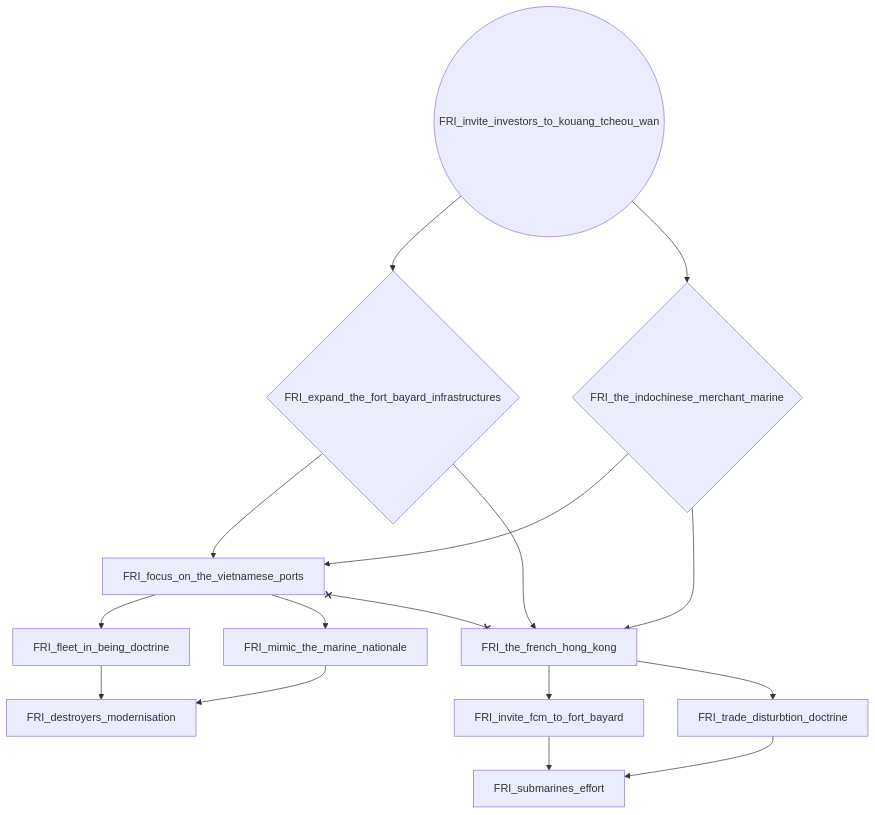
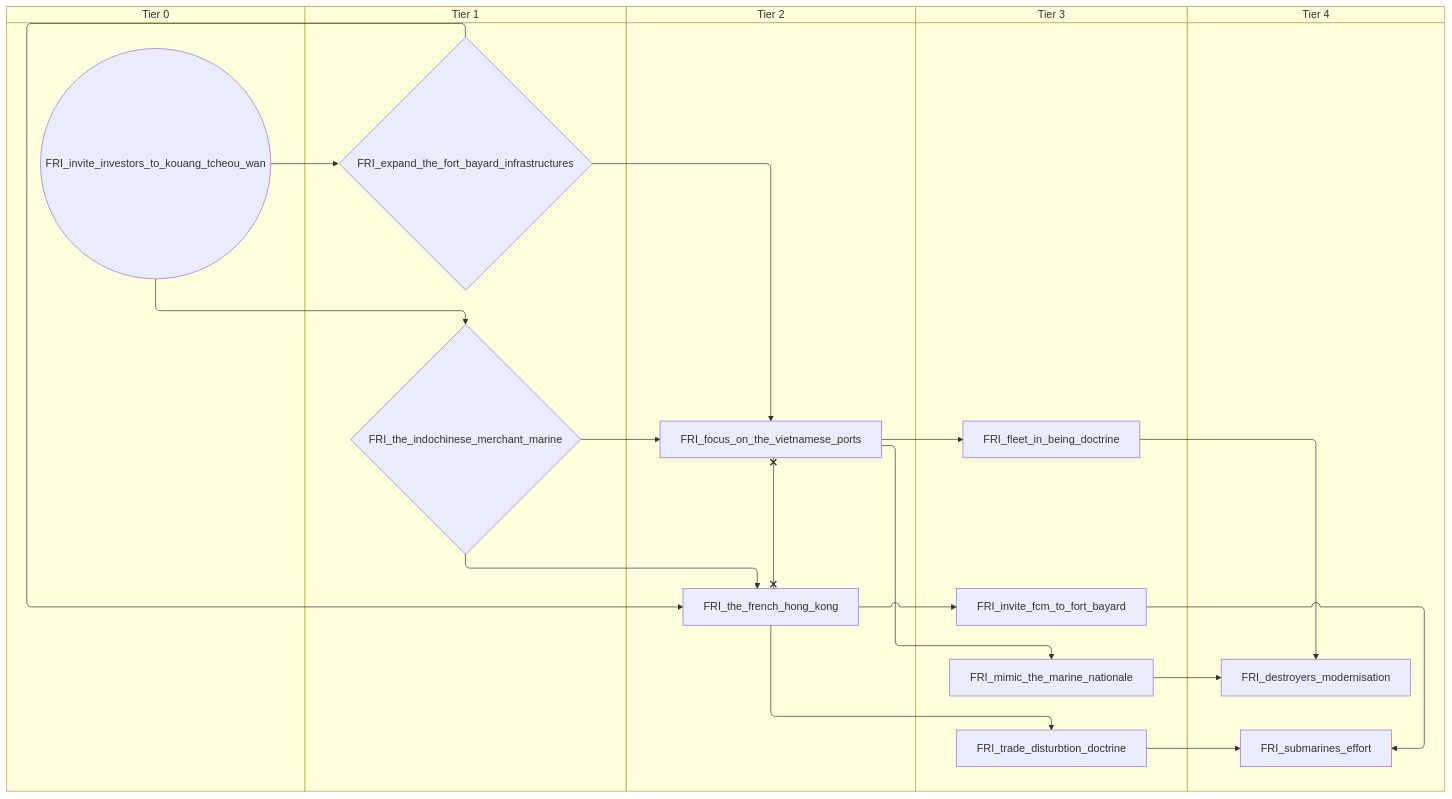
Before and after one commit to evgeny-sobol/hoi4-sandbox-mode-r56: the sixth of 6 diagrams in docs/gdd/National Focuses/FrenchIndochina.md, drawn with Mermaid. The commit also changed other lines of this file and 423 other files, not shown here.

First line of the commit message:
Re-export Rt56 focus trees as swimlane diagrams

````diff
--- a/docs/gdd/National Focuses/FrenchIndochina.md
+++ b/docs/gdd/National Focuses/FrenchIndochina.md
@@ -161,29 +217,39 @@
 ```mermaid
-flowchart TD
-    n49["FRI_destroyers_modernisation"]
-    n50{"FRI_expand_the_fort_bayard_infrastructures"}
-    n51["FRI_fleet_in_being_doctrine"]
-    n52["FRI_focus_on_the_vietnamese_ports"]
-    n53["FRI_invite_fcm_to_fort_bayard"]
-    n54(("FRI_invite_investors_to_kouang_tcheou_wan"))
-    n55["FRI_mimic_the_marine_nationale"]
-    n56["FRI_submarines_effort"]
-    n57["FRI_the_french_hong_kong"]
-    n58{"FRI_the_indochinese_merchant_marine"}
-    n59["FRI_trade_disturbtion_doctrine"]
-    n51 --> n49
-    n55 --> n49
-    n54 --> n50
-    n52 --> n51
-    n58 --> n52
+swimlane-beta TD
+    subgraph tier_0["Tier 0"]
+        n49(("FRI_invite_investors_to_kouang_tcheou_wan"))
+    end
+    subgraph tier_1["Tier 1"]
+        n50{"FRI_expand_the_fort_bayard_infrastructures"}
+        n51{"FRI_the_indochinese_merchant_marine"}
+    end
+    subgraph tier_2["Tier 2"]
+        n52["FRI_focus_on_the_vietnamese_ports"]
+        n53["FRI_the_french_hong_kong"]
+    end
+    subgraph tier_3["Tier 3"]
+        n54["FRI_fleet_in_being_doctrine"]
+        n55["FRI_invite_fcm_to_fort_bayard"]
+        n56["FRI_mimic_the_marine_nationale"]
+        n57["FRI_trade_disturbtion_doctrine"]
+    end
+    subgraph tier_4["Tier 4"]
+        n58["FRI_destroyers_modernisation"]
+        n59["FRI_submarines_effort"]
+    end
+    n54 --> n58
+    n56 --> n58
+    n49 --> n50
+    n52 --> n54
+    n51 --> n52
     n50 --> n52
-    n57 --> n53
-    n52 --> n55
-    n59 --> n56
-    n53 --> n56
-    n58 --> n57
-    n50 --> n57
-    n54 --> n58
+    n53 --> n55
+    n52 --> n56
     n57 --> n59
-    n52 x--x n57
+    n55 --> n59
+    n51 --> n53
+    n50 --> n53
+    n49 --> n51
+    n53 --> n57
+    n52 x--x n53
 ```
````
